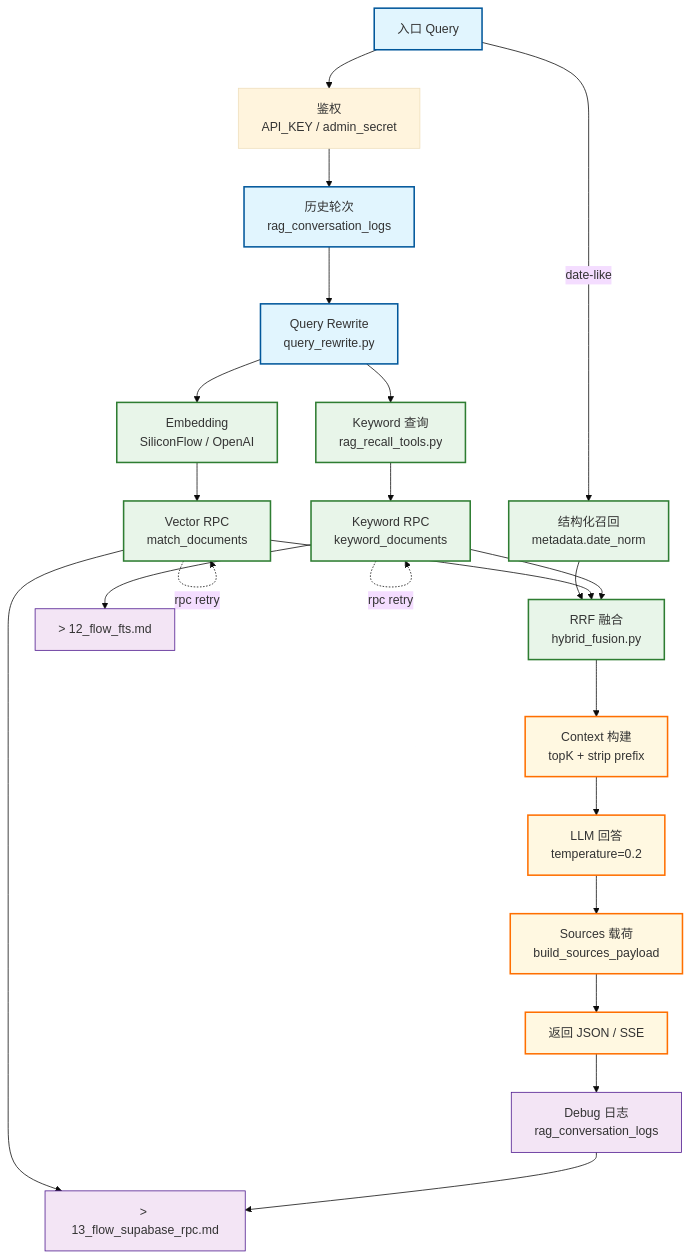
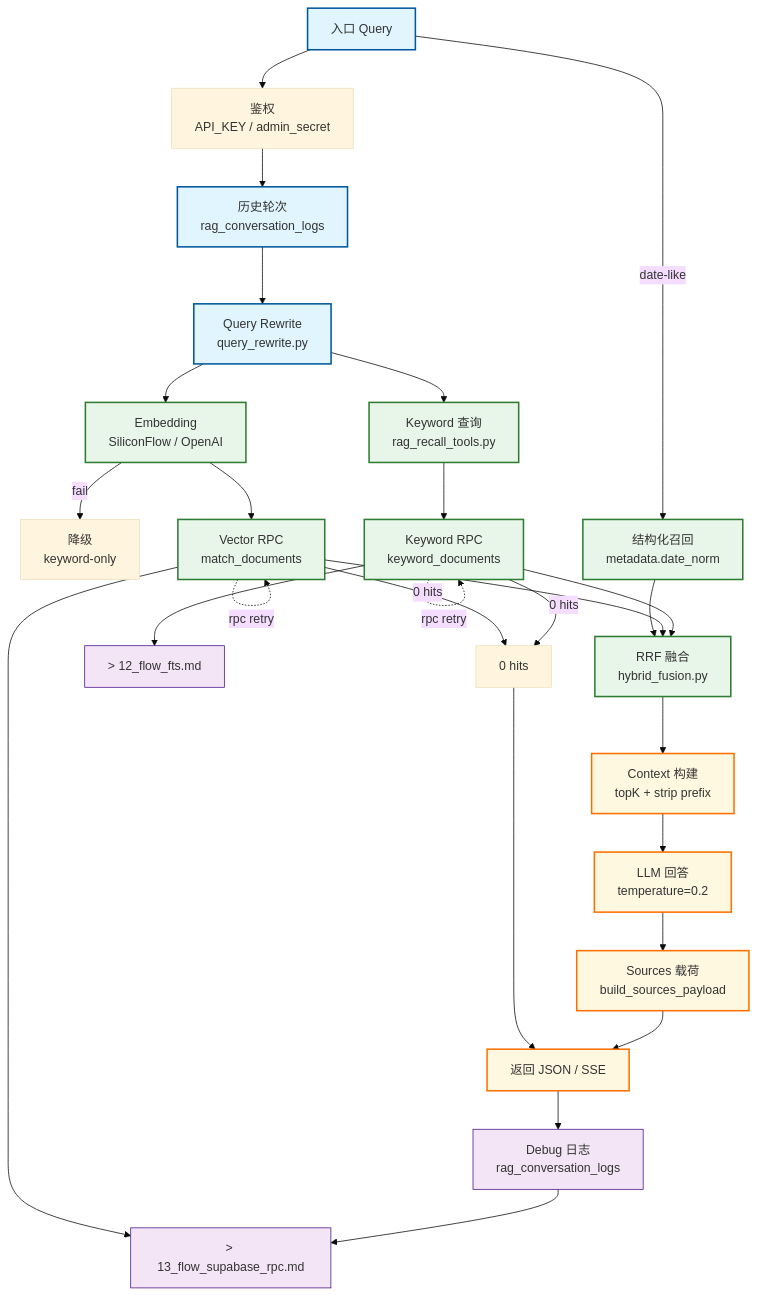
One commit to Cyning12/ai-ink-brain-api-python changed the diagram in docs/_tech_graph/10_flow_rag.md. Above: the diagram before and after it, drawn with Mermaid (base theme). The commit also changed 12 other files, not shown here.

First line of the commit message:
docs(tech-graph): finalize P2 runtime view and failure paths

````diff
--- a/docs/_tech_graph/10_flow_rag.md
+++ b/docs/_tech_graph/10_flow_rag.md
@@ -1,52 +1,56 @@
 ```mermaid
 flowchart TD
     %% Entry: /api/py/chat | /api/py/unified/chat(.stream)
 
     %% Query 阶段
     IN[入口 Query] --> AUTH[鉴权<br/>API_KEY / admin_secret]
     AUTH --> HIS[历史轮次<br/>rag_conversation_logs]
     HIS --> RW[Query Rewrite<br/>query_rewrite.py]
 
     %% 召回分支
     RW --> KQ[Keyword 查询<br/>rag_recall_tools.py]
     RW --> EMB[Embedding<br/>SiliconFlow / OpenAI]
+    EMB -->|fail| FBO[降级<br/>keyword-only]
 
     IN -->|date-like| B1[结构化召回<br/>metadata.date_norm]
 
     KQ --> FTS[Keyword RPC<br/>keyword_documents]
     EMB --> VEC[Vector RPC<br/>match_documents]
 
     %% 可靠性
     VEC -. rpc retry .-> VEC
     FTS -. rpc retry .-> FTS
+    VEC -->|0 hits| NH[0 hits]
+    FTS -->|0 hits| NH
+    NH --> OUT[返回 JSON / SSE]
 
     %% Fusion
     B1 --> FUSE[RRF 融合<br/>hybrid_fusion.py]
     VEC --> FUSE
     FTS --> FUSE
 
     %% Answer
     FUSE --> CTX[Context 构建<br/>topK + strip prefix]
     CTX --> LLM[LLM 回答<br/>temperature=0.2]
     LLM --> SRC[Sources 载荷<br/>build_sources_payload]
     SRC --> OUT[返回 JSON / SSE]
 
     %% 日志
     OUT --> LOG[Debug 日志<br/>rag_conversation_logs]
 
     %% 子流程链接
     FTS --> FTS_DOC[> 12_flow_fts.md]
     VEC --> RPC_DOC[> 13_flow_supabase_rpc.md]
     LOG --> RPC_DOC
 
     %% 样式
     classDef query fill:#e1f5fe,stroke:#01579b,stroke-width:2px
     classDef recall fill:#e8f5e9,stroke:#2e7d32,stroke-width:2px
     classDef answer fill:#fff8e1,stroke:#ff6f00,stroke-width:2px
     classDef infra fill:#f3e5f5,stroke:#4a148c,stroke-width:1px
 
     class IN,Auth,HIS,RW query
     class KQ,EMB,B1,FTS,VEC,FUSE recall
     class CTX,LLM,SRC,OUT answer
     class LOG,FTS_DOC,RPC_DOC infra
 ```
````
